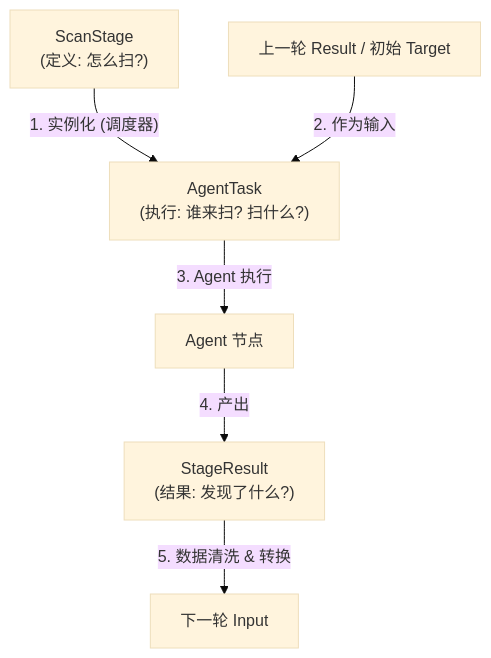
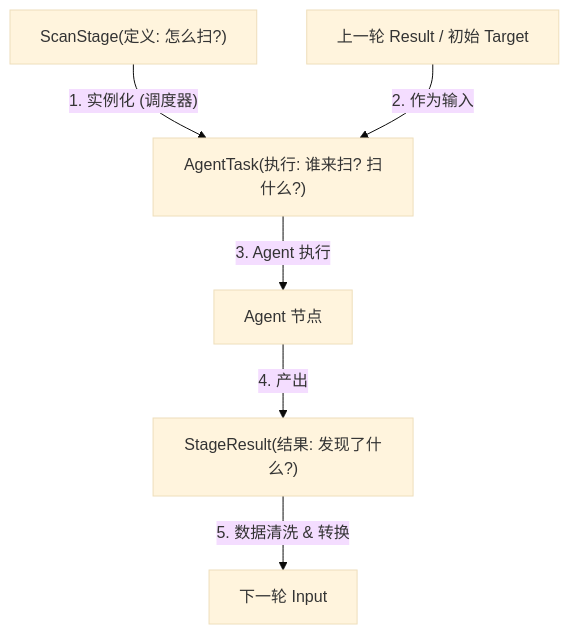
The diagram in neoMaster/docs/Asset资产和核心编排器模块设计/scanStage-task-scanResult关系.md (sun977/NeoScan), drawn with Mermaid (base theme) before and after one commit.

Commit message:
docs(资产扫描): 更新扫描阶段任务结果关系图文档格式
简化mermaid图表中的节点标签格式，去除不必要的换行符，使图表更简洁易读

````diff
--- a/neoMaster/docs/Asset资产和核心编排器模块设计/scanStage-task-scanResult关系.md
+++ b/neoMaster/docs/Asset资产和核心编排器模块设计/scanStage-task-scanResult关系.md
@@ -32,14 +32,14 @@
 ```mermaid
 graph TD
-    Stage["ScanStage\n(定义: 怎么扫?)"]
-    -->|"1. 实例化 (调度器)"| Task["AgentTask\n(执行: 谁来扫? 扫什么?)"]
+    Stage["ScanStage(定义: 怎么扫?)"]
+    -->|"1. 实例化 (调度器)"| Task["AgentTask(执行: 谁来扫? 扫什么?)"]
 
     Input["上一轮 Result / 初始 Target"] -->|"2. 作为输入"| Task
 
     Task -->|"3. Agent 执行"| Agent["Agent 节点"]
 
-    Agent -->|"4. 产出"| Result["StageResult\n(结果: 发现了什么?)"]
+    Agent -->|"4. 产出"| Result["StageResult(结果: 发现了什么?)"]
 
     Result -->|"5. 数据清洗 & 转换"| NextInput["下一轮 Input"]
 
 ```
````
